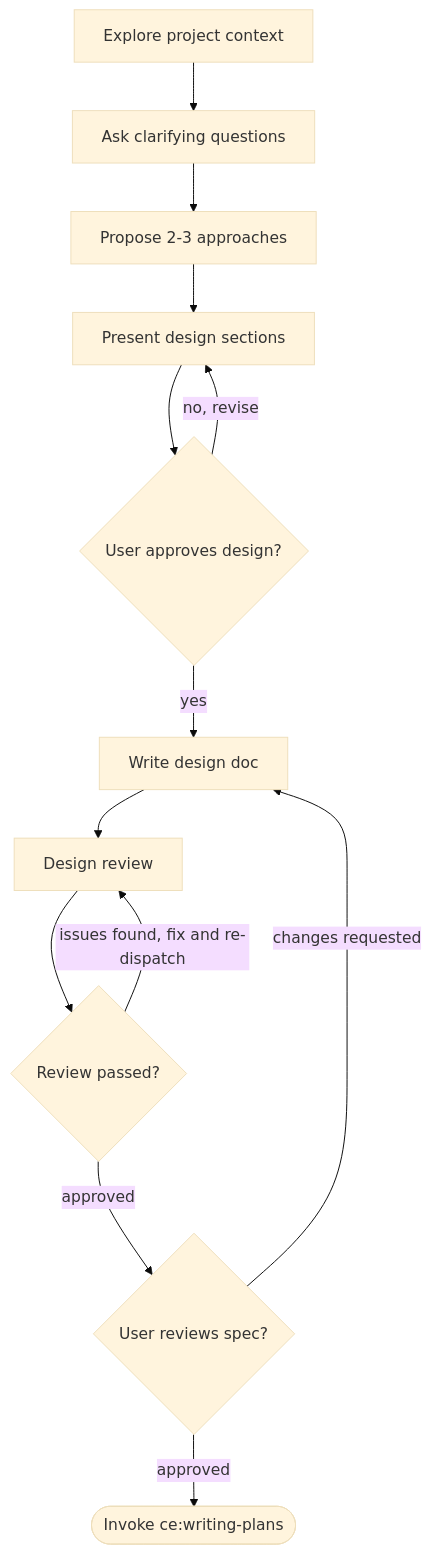
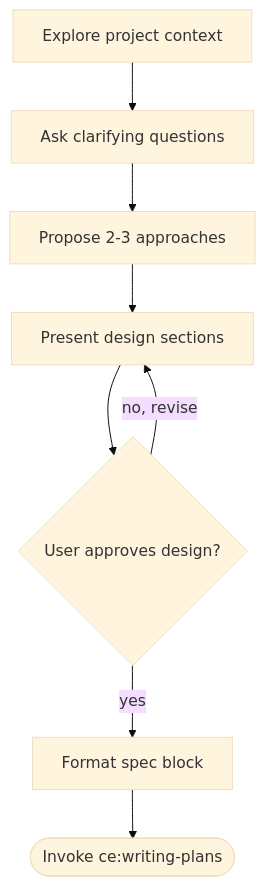
One commit to Broderick-Westrope/claude-essentials changed the diagram in plugins/ce/skills/brainstorming/SKILL.md. Above: the diagram before and after it, drawn with Mermaid (base theme). The commit also changed other lines of this file and 1 other file, not shown here.

````diff
--- a/plugins/ce/skills/brainstorming/SKILL.md
+++ b/plugins/ce/skills/brainstorming/SKILL.md
@@ -35,15 +32,10 @@
 ```mermaid
 flowchart TD
     A[Explore project context] --> B[Ask clarifying questions]
     B --> C[Propose 2-3 approaches]
     C --> D[Present design sections]
     D --> E{User approves design?}
     E -->|no, revise| D
-    E -->|yes| F[Write design doc]
-    F --> G[Design review]
-    G --> H{Review passed?}
-    H -->|issues found, fix and re-dispatch| G
-    H -->|approved| I{User reviews spec?}
-    I -->|changes requested| F
-    I -->|approved| J([Invoke ce:writing-plans])
+    E -->|yes| F[Format spec block]
+    F --> G([Invoke ce:writing-plans])
 ```
````
